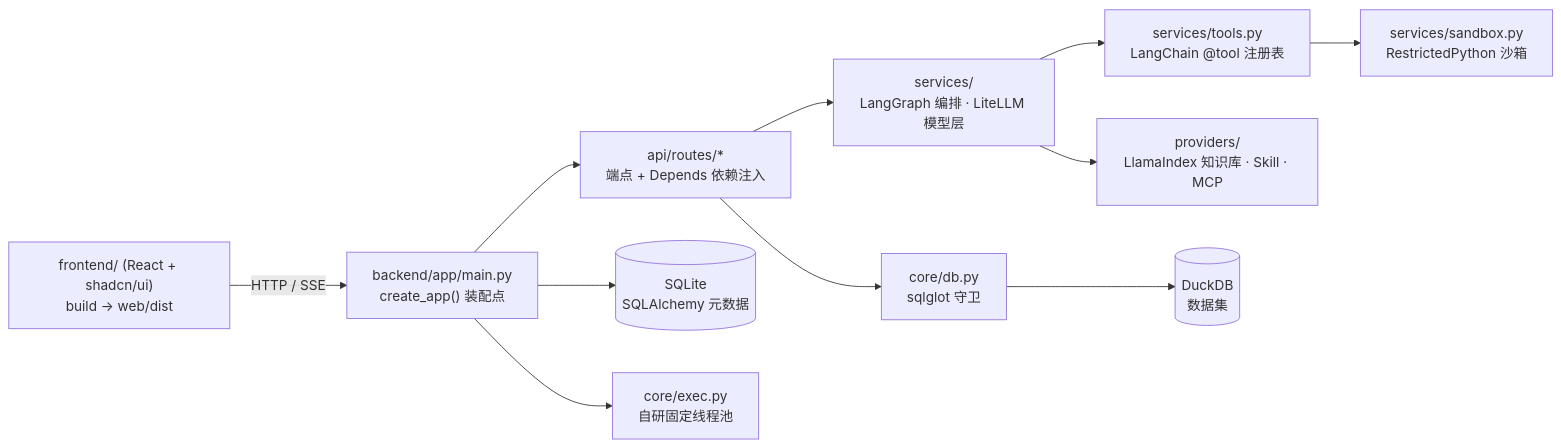
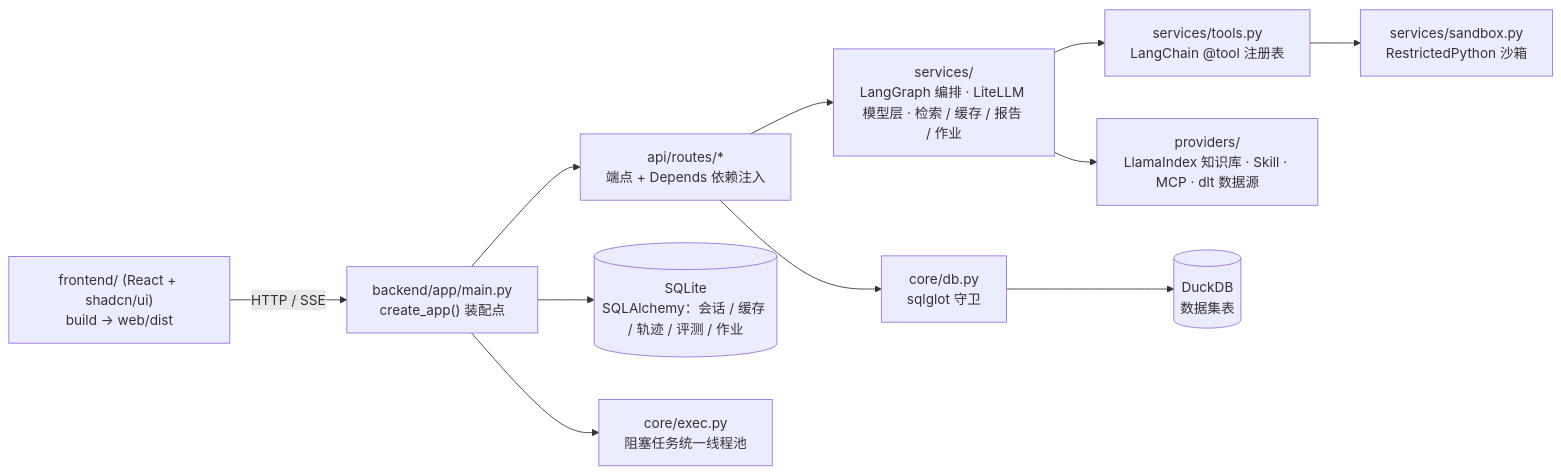
The diagram in README.md (Lsilence7807/Knowledge-Analysis-Assistant), drawn with Mermaid before and after one commit. The commit also changed other lines of this file, not shown here.

Commit message:
docs: README 改按完工形态介绍整个系统——补 P20 收藏与 schema drift/双表对比、P22 多表关系与 join 校验、P23 企业数据源只读同步、P24 反馈闭环与成本配额、检索重排与 Rubrics 评测；能力清单、安全边界、架构图、技术栈、性能契约同步为设计文档 §4 契约口径；保留路线图一节标明已落地与未开工

````diff
--- a/README.md
+++ b/README.md
@@ -88,13 +113,13 @@
 ```mermaid
 flowchart LR
   UI["frontend/ (React + shadcn/ui)<br/>build → web/dist"] -->|HTTP / SSE| API["backend/app/main.py<br/>create_app() 装配点"]
   API --> RT["api/routes/*<br/>端点 + Depends 依赖注入"]
-  RT --> SV["services/<br/>LangGraph 编排 · LiteLLM 模型层"]
+  RT --> SV["services/<br/>LangGraph 编排 · LiteLLM 模型层 · 检索 / 缓存 / 报告 / 作业"]
   SV --> TL["services/tools.py<br/>LangChain @tool 注册表"]
   RT --> DB["core/db.py<br/>sqlglot 守卫"]
   TL --> SB["services/sandbox.py<br/>RestrictedPython 沙箱"]
-  SV --> PV["providers/<br/>LlamaIndex 知识库 · Skill · MCP"]
-  DB --> DK[("DuckDB<br/>数据集")]
-  API --> ST[("SQLite<br/>SQLAlchemy 元数据")]
-  API --> EX["core/exec.py<br/>自研固定线程池"]
+  SV --> PV["providers/<br/>LlamaIndex 知识库 · Skill · MCP · dlt 数据源"]
+  DB --> DK[("DuckDB<br/>数据集表")]
+  API --> ST[("SQLite<br/>SQLAlchemy：会话 / 缓存 / 轨迹 / 评测 / 作业")]
+  API --> EX["core/exec.py<br/>阻塞任务统一线程池"]
 ```
````
